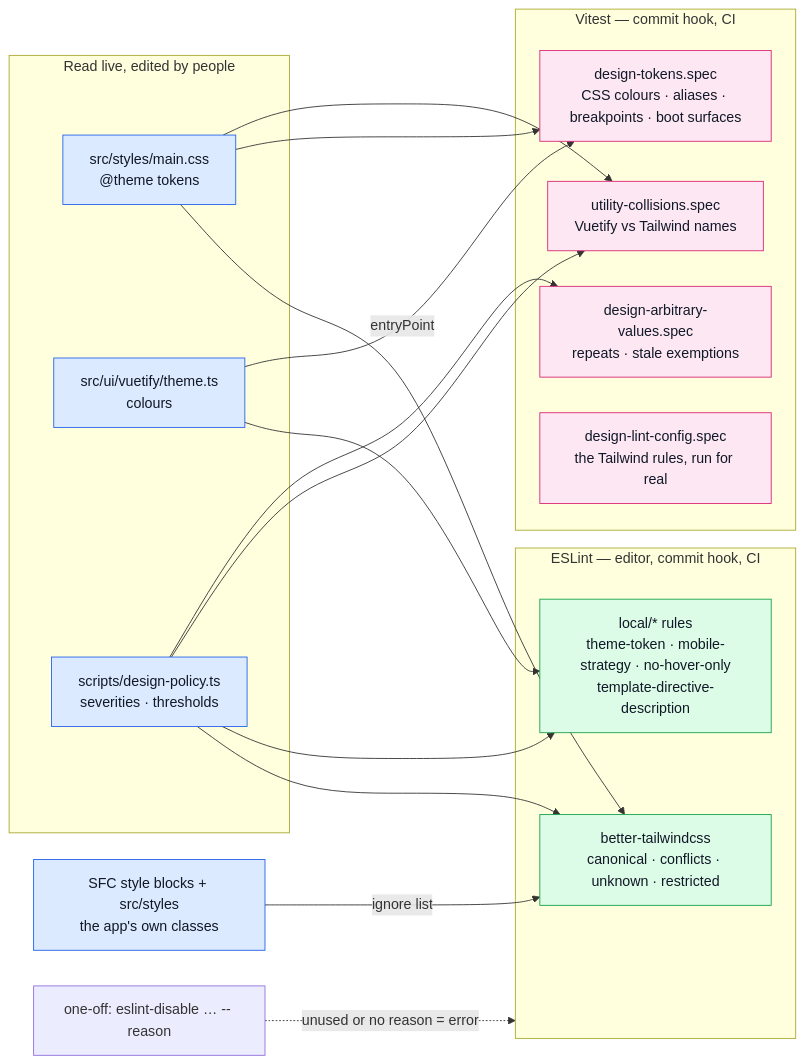
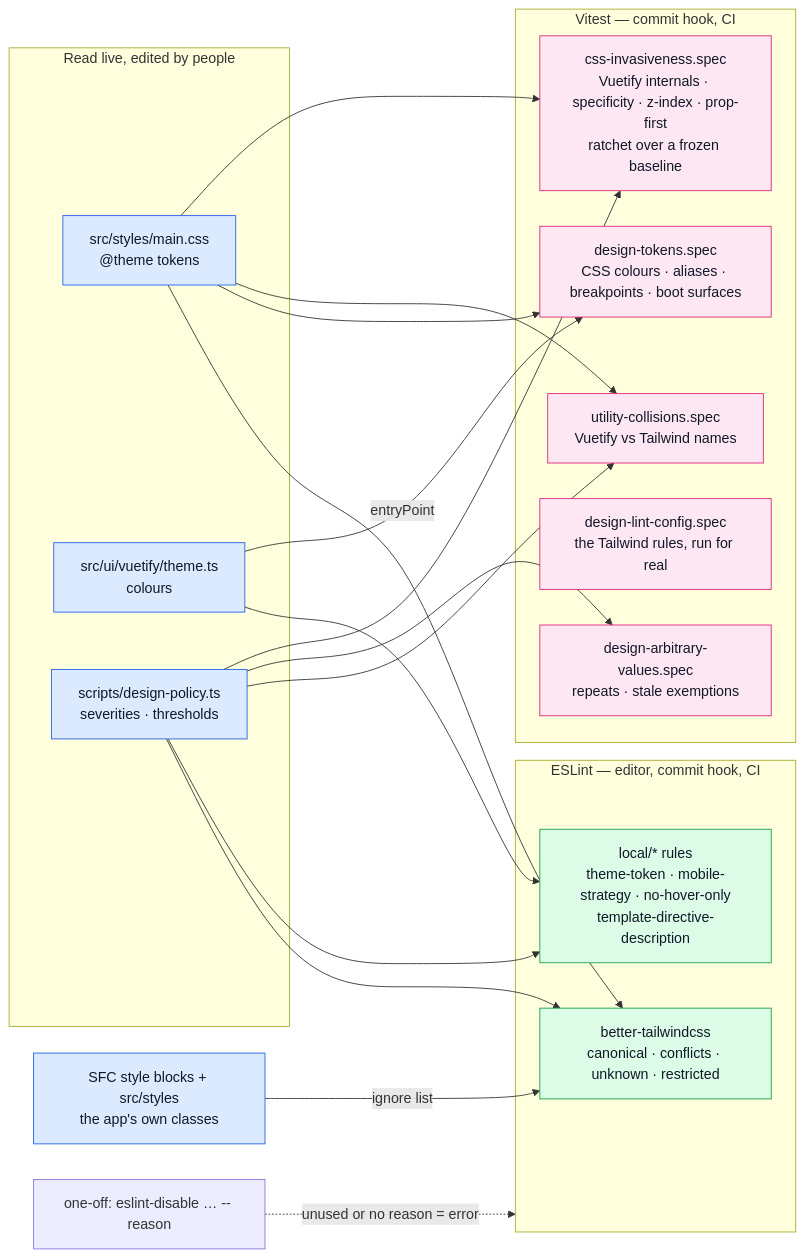
Before and after one commit to Guebbit/boilerplate-vue-frontend: the first of 2 diagrams in docs/tools/design-lint.md, drawn with Mermaid. The commit also changed other lines of this file and 15 other files, not shown here.

````diff
--- a/docs/tools/design-lint.md
+++ b/docs/tools/design-lint.md
@@ -9,40 +9,43 @@
 ```mermaid
 %%{init: {'flowchart': {'nodeSpacing': 40, 'rankSpacing': 55}}}%%
 flowchart LR
     subgraph Truth["Read live, edited by people"]
         CSS["src/styles/main.css<br/>@theme tokens"]
         Theme["src/ui/vuetify/theme.ts<br/>colours"]
         Policy["scripts/design-policy.ts<br/>severities · thresholds"]
     end
 
     subgraph Lint["ESLint — editor, commit hook, CI"]
         BTW["better-tailwindcss<br/>canonical · conflicts · unknown · restricted"]
         Local["local/* rules<br/>theme-token · mobile-strategy · no-hover-only<br/>template-directive-description"]
     end
 
     subgraph Specs["Vitest — commit hook, CI"]
         Tok["design-tokens.spec<br/>CSS colours · aliases · breakpoints · boot surfaces"]
         Col["utility-collisions.spec<br/>Vuetify vs Tailwind names"]
         Arb["design-arbitrary-values.spec<br/>repeats · stale exemptions"]
         Cfg["design-lint-config.spec<br/>the Tailwind rules, run for real"]
+        Inv["css-invasiveness.spec<br/>Vuetify internals · specificity · z-index · prop-first<br/>ratchet over a frozen baseline"]
     end
 
     CSS -->|entryPoint| BTW
     CSS --> Tok
     CSS --> Col
+    CSS --> Inv
     Styles["SFC style blocks + src/styles<br/>the app's own classes"] -->|ignore list| BTW
     Theme --> Local
     Theme --> Tok
     Policy --> BTW
     Policy --> Local
     Policy --> Col
     Policy --> Arb
+    Policy --> Inv
     Hatch["one-off: eslint-disable … -- reason"] -.->|"unused or no reason = error"| Lint
 
     classDef src fill:#dbeafe,stroke:#2563eb,color:#111827;
     classDef lint fill:#dcfce7,stroke:#16a34a,color:#111827;
     classDef spec fill:#fce7f3,stroke:#db2777,color:#111827;
     class CSS,Theme,Policy,Styles src;
     class BTW,Local lint;
-    class Tok,Col,Arb,Cfg spec;
+    class Tok,Col,Arb,Cfg,Inv spec;
 ```
````
